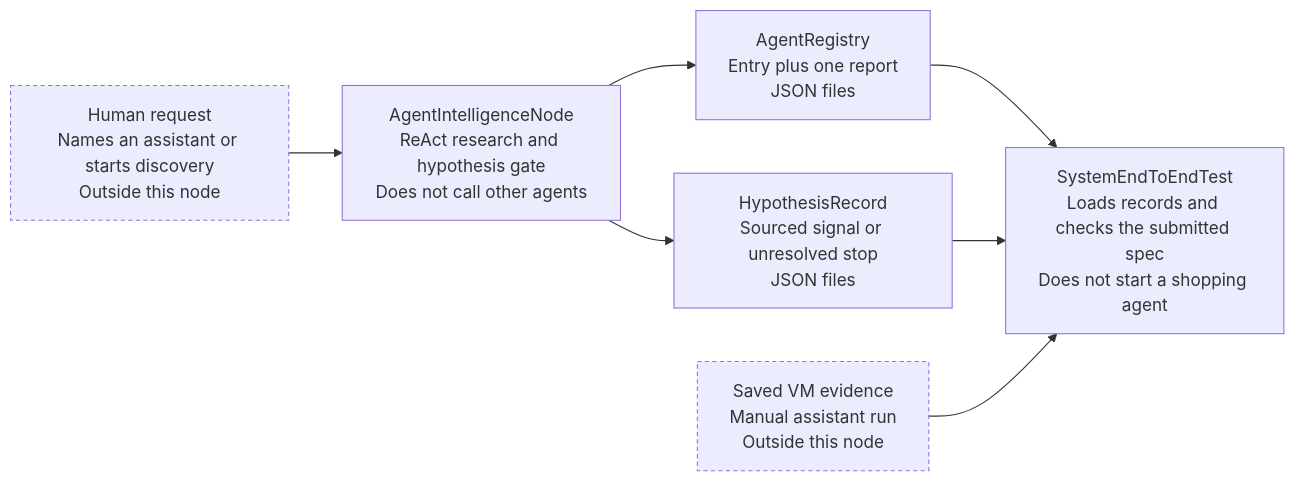
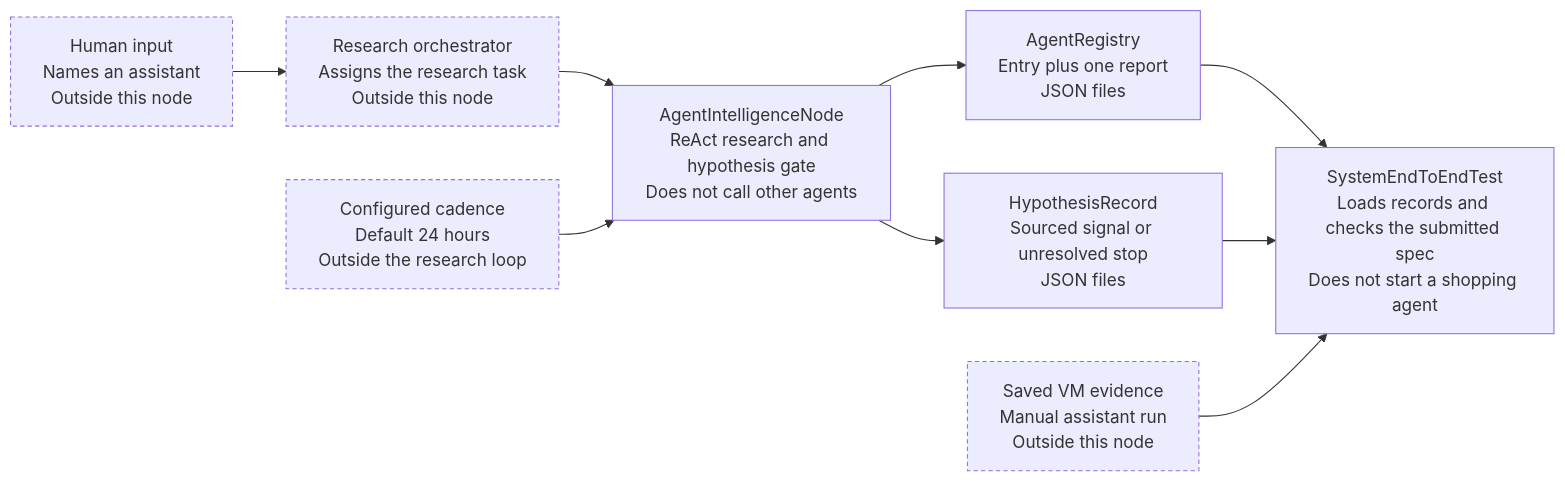
Before and after one commit to melamori731/agent-hunt: the diagram in requirements/LOCAL-agent-intelligence/plan/solution-skeleton-spec.md, drawn with Mermaid. The commit also changed other lines of this file and 1 other file, not shown here.

First line of the commit message:
Republish the skeleton with orchestrator entry and daily discovery.

````diff
--- a/requirements/LOCAL-agent-intelligence/plan/solution-skeleton-spec.md
+++ b/requirements/LOCAL-agent-intelligence/plan/solution-skeleton-spec.md
@@ -15,20 +15,23 @@
 ```mermaid
 flowchart LR
-  human["Human request<br/>Names an assistant or starts discovery<br/>Outside this node"]
+  human["Human input<br/>Names an assistant<br/>Outside this node"]
+  orchestrator["Research orchestrator<br/>Assigns the research task<br/>Outside this node"]
+  cadence["Configured cadence<br/>Default 24 hours<br/>Outside the research loop"]
   research["AgentIntelligenceNode<br/>ReAct research and hypothesis gate<br/>Does not call other agents"]
   registry["AgentRegistry<br/>Entry plus one report<br/>JSON files"]
   hypothesis["HypothesisRecord<br/>Sourced signal or unresolved stop<br/>JSON files"]
   evidence["Saved VM evidence<br/>Manual assistant run<br/>Outside this node"]
   e2e["SystemEndToEndTest<br/>Loads records and checks the submitted spec<br/>Does not start a shopping agent"]
 
-  human --> research
+  human --> orchestrator
+  orchestrator --> research
+  cadence --> research
   research --> registry
   research --> hypothesis
   registry --> e2e
   hypothesis --> e2e
   evidence --> e2e
 
   classDef external stroke-dasharray: 4 3
-  class human external
-  class evidence external
+  class human,orchestrator,cadence,evidence external
 ```
````
